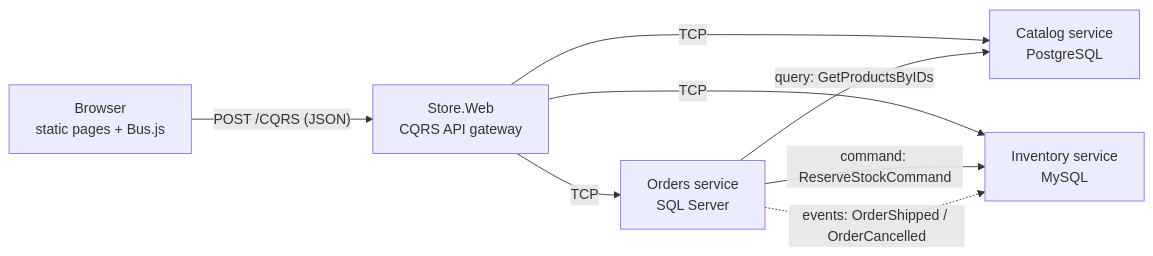
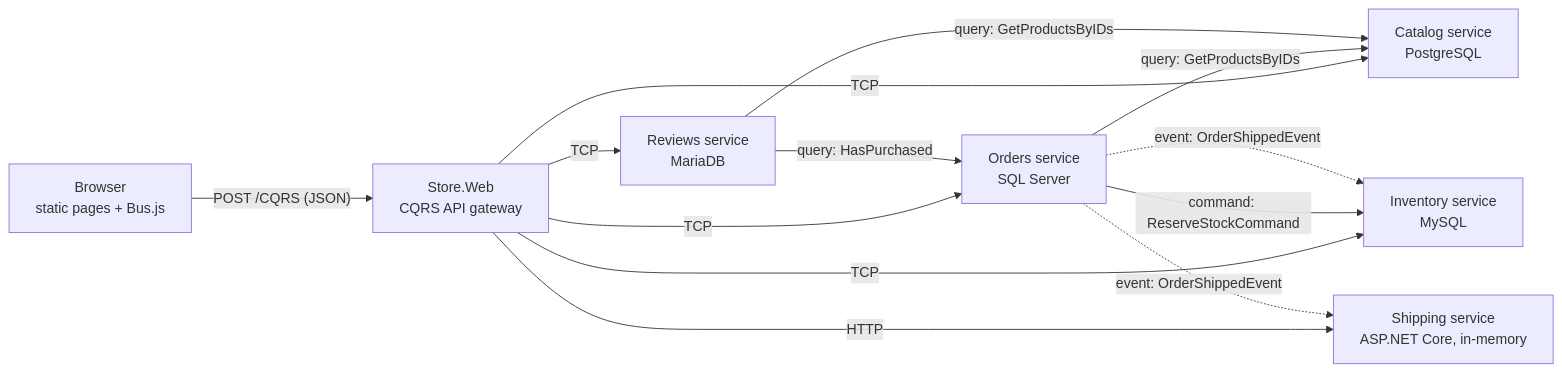
Before and after one commit to szawaski/Zerra: the diagram in Demo/Store/README.md, drawn with Mermaid. The commit also changed other lines of this file and 61 other files, not shown here.

````diff
--- a/Demo/Store/README.md
+++ b/Demo/Store/README.md
@@ -5,10 +5,15 @@
 ```mermaid
 flowchart LR
     Browser["Browser<br/>static pages + Bus.js"] -- "POST /CQRS (JSON)" --> Web["Store.Web<br/>CQRS API gateway"]
     Web -- "TCP" --> Catalog["Catalog service<br/>PostgreSQL"]
     Web -- "TCP" --> Inventory["Inventory service<br/>MySQL"]
     Web -- "TCP" --> Orders["Orders service<br/>SQL Server"]
+    Web -- "TCP" --> Reviews["Reviews service<br/>MariaDB"]
+    Web -- "HTTP" --> Shipping["Shipping service<br/>ASP.NET Core, in-memory"]
     Orders -- "query: GetProductsByIDs" --> Catalog
     Orders -- "command: ReserveStockCommand" --> Inventory
-    Orders -. "events: OrderShipped / OrderCancelled" .-> Inventory
+    Orders -. "event: OrderShippedEvent" .-> Inventory
+    Orders -. "event: OrderShippedEvent" .-> Shipping
+    Reviews -- "query: GetProductsByIDs" --> Catalog
+    Reviews -- "query: HasPurchased" --> Orders
 ```
````
